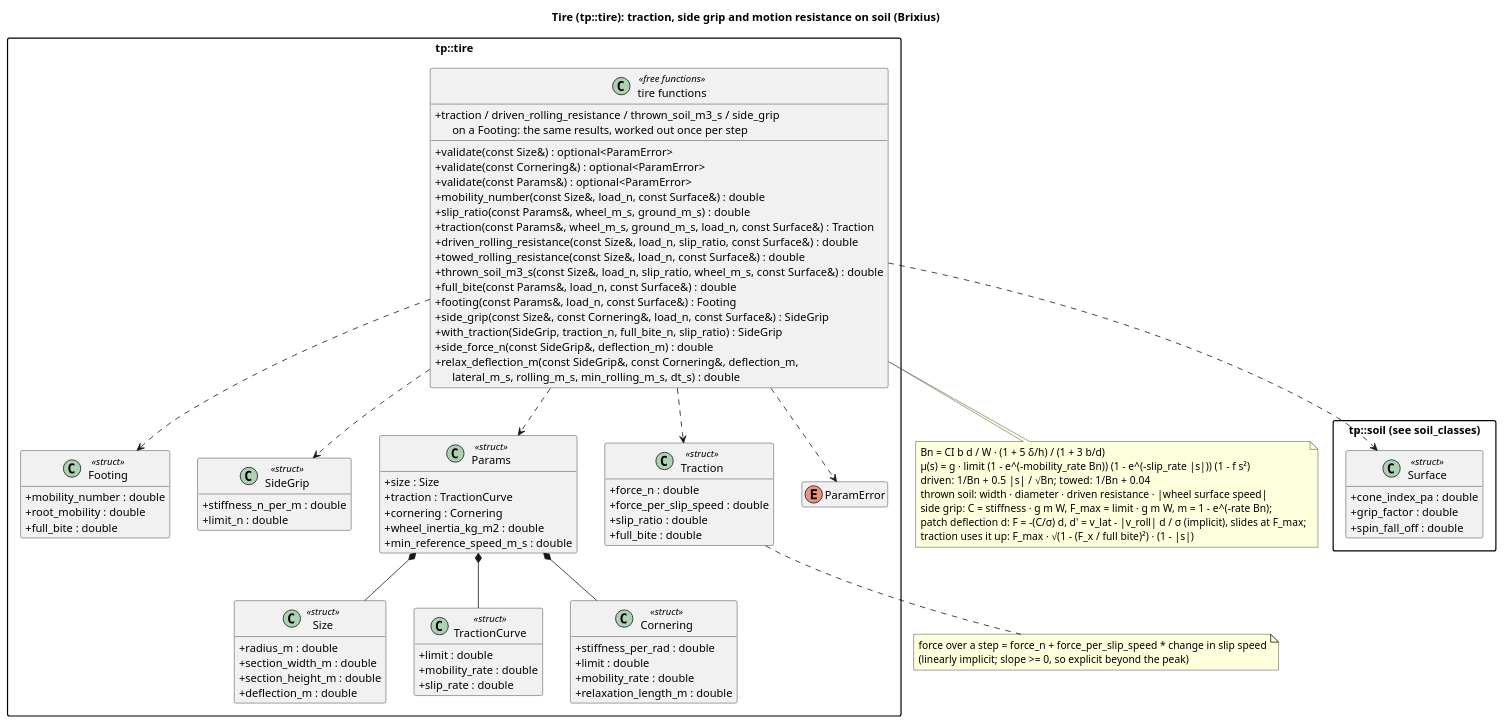
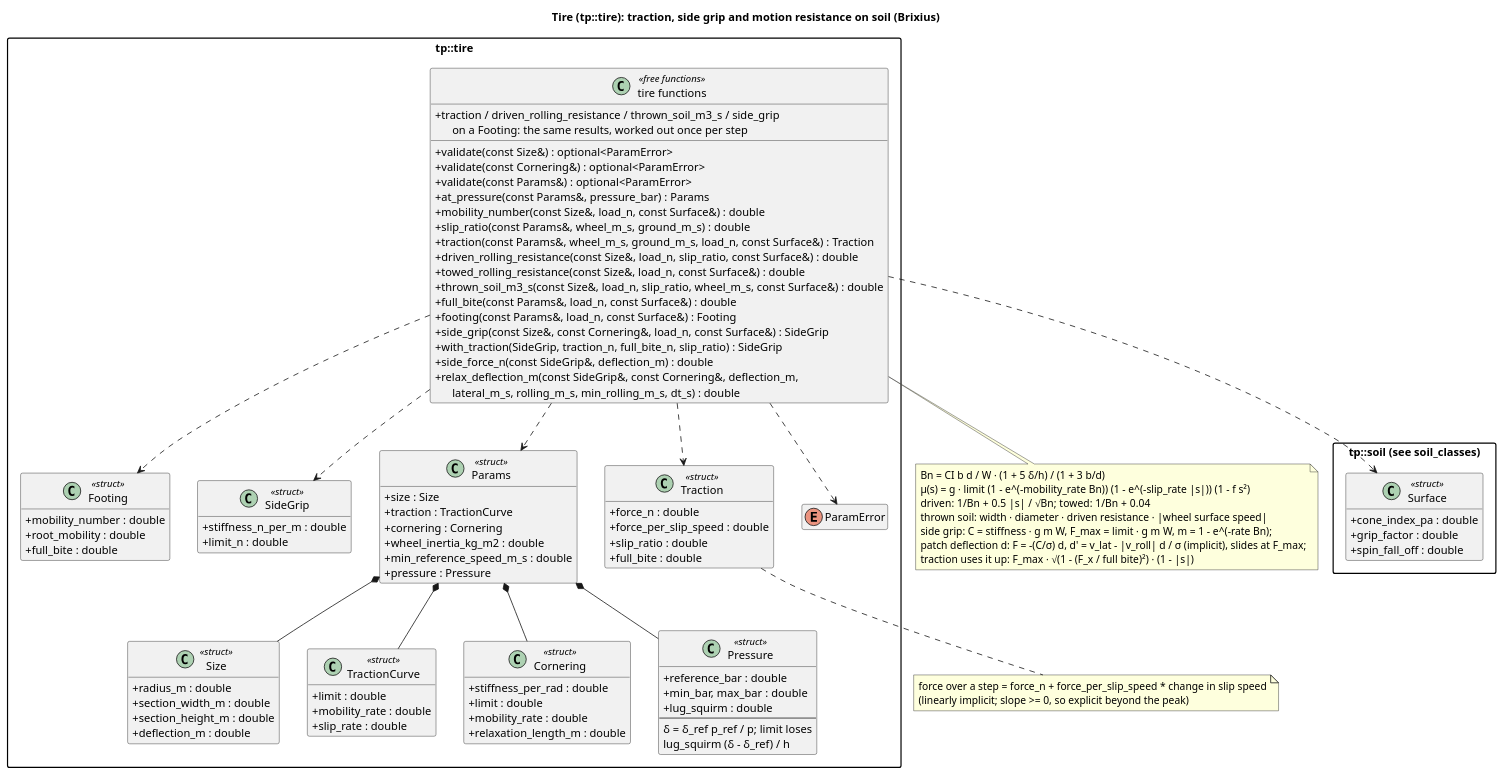
The diagram in docs/diagrams/tire_classes.puml (wversteeg/TractorPulling), drawn with PlantUML before and after one commit. The commit also changed 30 other files, not shown here.

```diff
--- a/docs/diagrams/tire_classes.puml
+++ b/docs/diagrams/tire_classes.puml
@@ -1,97 +1,108 @@
 @startuml tire_classes
 title Tire (tp::tire): traction, side grip and motion resistance on soil (Brixius)
 hide empty members
 skinparam packageStyle rectangle
 skinparam classAttributeIconSize 0
 
 package "tp::soil (see soil_classes)" {
   class Surface <<struct>> {
     +cone_index_pa : double
     +grip_factor : double
     +spin_fall_off : double
   }
 }
 
 package "tp::tire" {
   class Size <<struct>> {
     +radius_m : double
     +section_width_m : double
     +section_height_m : double
     +deflection_m : double
   }
   class TractionCurve <<struct>> {
     +limit : double
     +mobility_rate : double
     +slip_rate : double
   }
   class Cornering <<struct>> {
     +stiffness_per_rad : double
     +limit : double
     +mobility_rate : double
     +relaxation_length_m : double
   }
   class Footing <<struct>> {
     +mobility_number : double
     +root_mobility : double
     +full_bite : double
   }
   class SideGrip <<struct>> {
     +stiffness_n_per_m : double
     +limit_n : double
   }
   class Params <<struct>> {
     +size : Size
     +traction : TractionCurve
     +cornering : Cornering
     +wheel_inertia_kg_m2 : double
     +min_reference_speed_m_s : double
+    +pressure : Pressure
+  }
+  class Pressure <<struct>> {
+    +reference_bar : double
+    +min_bar, max_bar : double
+    +lug_squirm : double
+    --
+    δ = δ_ref p_ref / p; limit loses
+    lug_squirm (δ - δ_ref) / h
   }
   class Traction <<struct>> {
     +force_n : double
     +force_per_slip_speed : double
     +slip_ratio : double
     +full_bite : double
   }
   enum ParamError
   class "tire functions" as TireFns <<free functions>> {
     +validate(const Size&) : optional<ParamError>
     +validate(const Cornering&) : optional<ParamError>
     +validate(const Params&) : optional<ParamError>
+    +at_pressure(const Params&, pressure_bar) : Params
     +mobility_number(const Size&, load_n, const Surface&) : double
     +slip_ratio(const Params&, wheel_m_s, ground_m_s) : double
     +traction(const Params&, wheel_m_s, ground_m_s, load_n, const Surface&) : Traction
     +driven_rolling_resistance(const Size&, load_n, slip_ratio, const Surface&) : double
     +towed_rolling_resistance(const Size&, load_n, const Surface&) : double
     +thrown_soil_m3_s(const Size&, load_n, slip_ratio, wheel_m_s, const Surface&) : double
     +full_bite(const Params&, load_n, const Surface&) : double
     +footing(const Params&, load_n, const Surface&) : Footing
     +traction / driven_rolling_resistance / thrown_soil_m3_s / side_grip\n      on a Footing: the same results, worked out once per step
     +side_grip(const Size&, const Cornering&, load_n, const Surface&) : SideGrip
     +with_traction(SideGrip, traction_n, full_bite_n, slip_ratio) : SideGrip
     +side_force_n(const SideGrip&, deflection_m) : double
     +relax_deflection_m(const SideGrip&, const Cornering&, deflection_m,\n      lateral_m_s, rolling_m_s, min_rolling_m_s, dt_s) : double
   }
   Params *-- Size
   Params *-- TractionCurve
   Params *-- Cornering
+  Params *-- Pressure
   TireFns ..> SideGrip
   TireFns ..> Footing
   TireFns ..> Params
   TireFns ..> Traction
   TireFns ..> ParamError
   TireFns ..> Surface
 }
 note bottom of TireFns
   Bn = CI b d / W · (1 + 5 δ/h) / (1 + 3 b/d)
   μ(s) = g · limit (1 - e^(-mobility_rate Bn)) (1 - e^(-slip_rate |s|)) (1 - f s²)
   driven: 1/Bn + 0.5 |s| / √Bn;  towed: 1/Bn + 0.04
   thrown soil: width · diameter · driven resistance · |wheel surface speed|
   side grip: C = stiffness · g m W, F_max = limit · g m W, m = 1 - e^(-rate Bn);
   patch deflection d: F = -(C/σ) d, d' = v_lat - |v_roll| d / σ (implicit), slides at F_max;
   traction uses it up: F_max · √(1 - (F_x / full bite)²) · (1 - |s|)
 end note
 note bottom of Traction
   force over a step = force_n + force_per_slip_speed * change in slip speed
   (linearly implicit; slope >= 0, so explicit beyond the peak)
 end note
 @enduml
```
